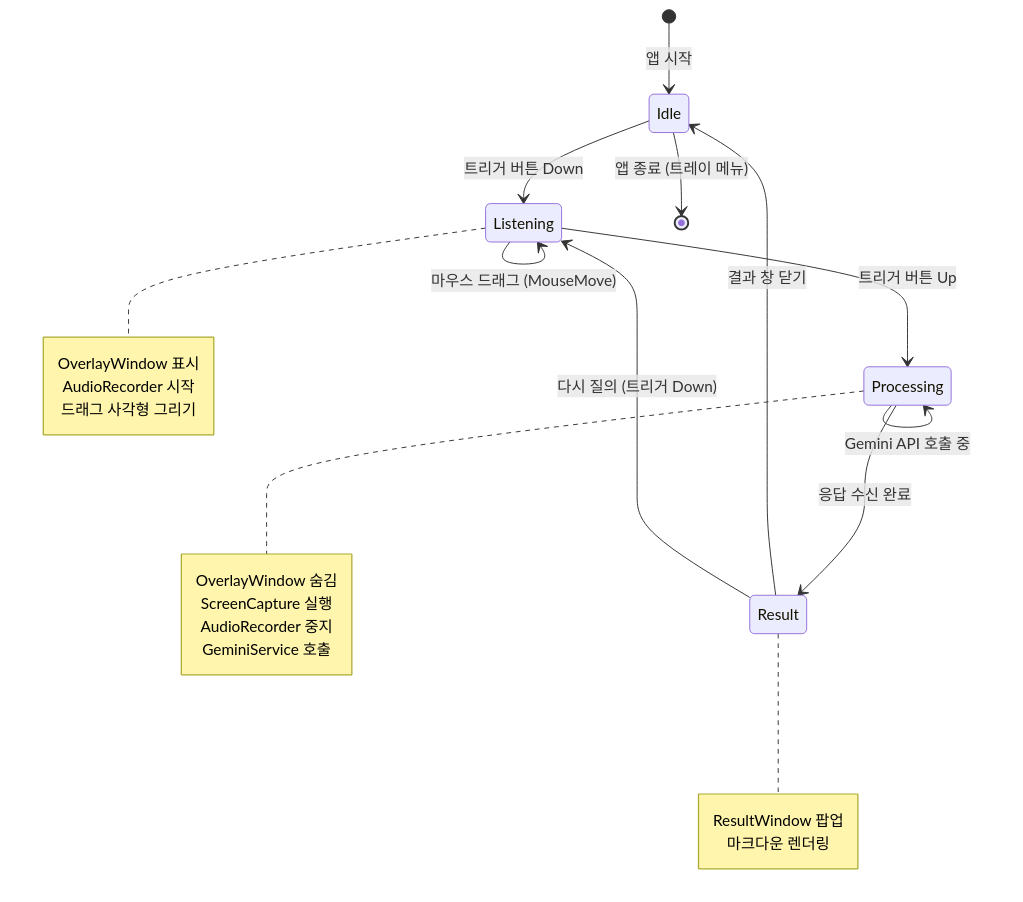
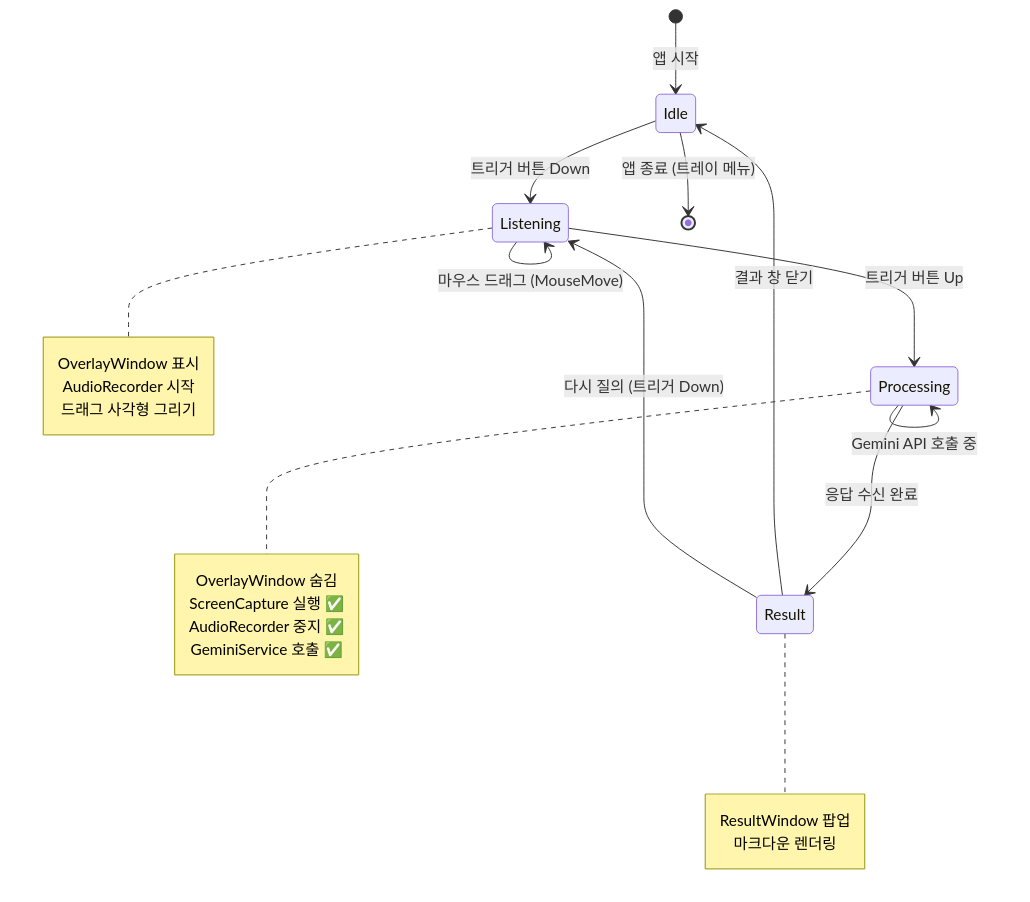
Before and after one commit to dreamwars99/AI_mouse: the fourth of 4 diagrams in md/Architecture.md, drawn with Mermaid. The commit also changed other lines of this file and 8 other files, not shown here.

````diff
--- a/md/Architecture.md
+++ b/md/Architecture.md
@@ -214,35 +217,35 @@
 ```mermaid
 stateDiagram-v2
     [*] --> Idle: 앱 시작
     
     Idle --> Listening: 트리거 버튼 Down
     Listening --> Listening: 마우스 드래그 (MouseMove)
     Listening --> Processing: 트리거 버튼 Up
     
     Processing --> Processing: 캡처/녹음 완료 대기
     Processing --> Processing: Gemini API 호출 중
     Processing --> Result: 응답 수신 완료
     
     Result --> Idle: 결과 창 닫기
     Result --> Listening: 다시 질의 (트리거 Down)
     
     Idle --> [*]: 앱 종료 (트레이 메뉴)
     
     note right of Listening
         OverlayWindow 표시
         AudioRecorder 시작
         드래그 사각형 그리기
     end note
     
     note right of Processing
         OverlayWindow 숨김
-        ScreenCapture 실행
-        AudioRecorder 중지
-        GeminiService 호출
+        ScreenCapture 실행 ✅
+        AudioRecorder 중지 ✅
+        GeminiService 호출 ✅
     end note
     
     note right of Result
         ResultWindow 팝업
         마크다운 렌더링
     end note
 ```
````
